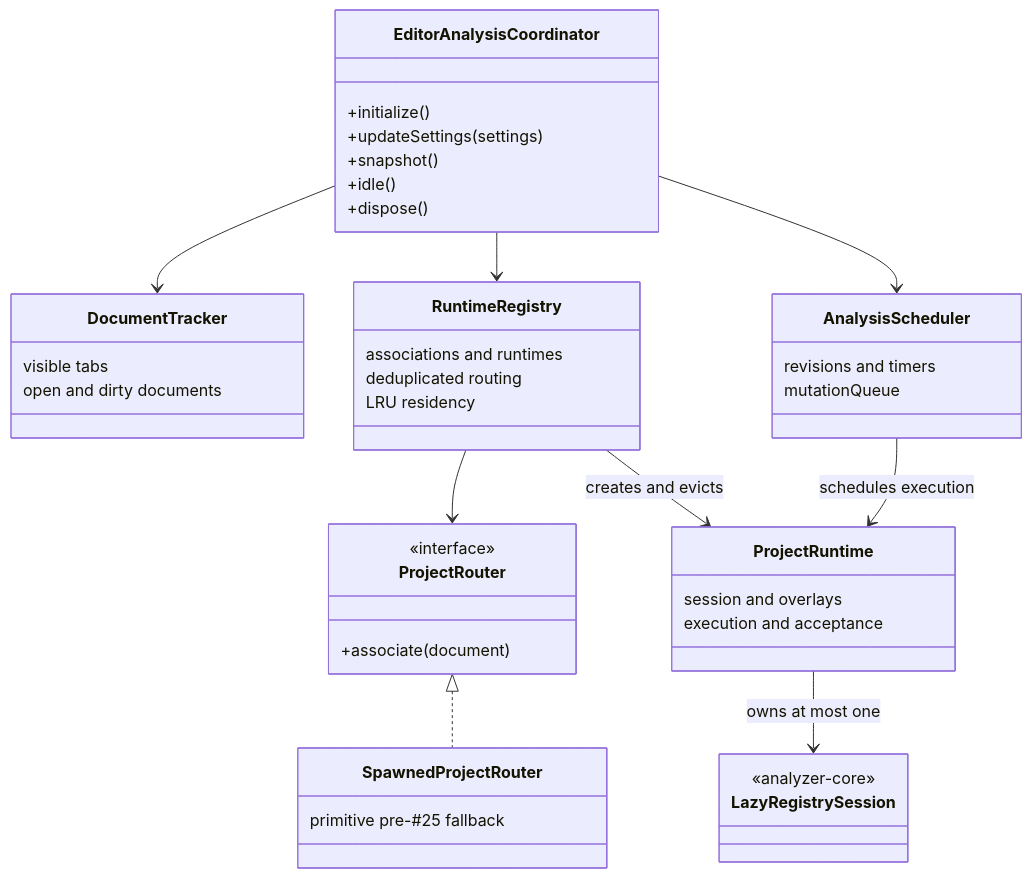
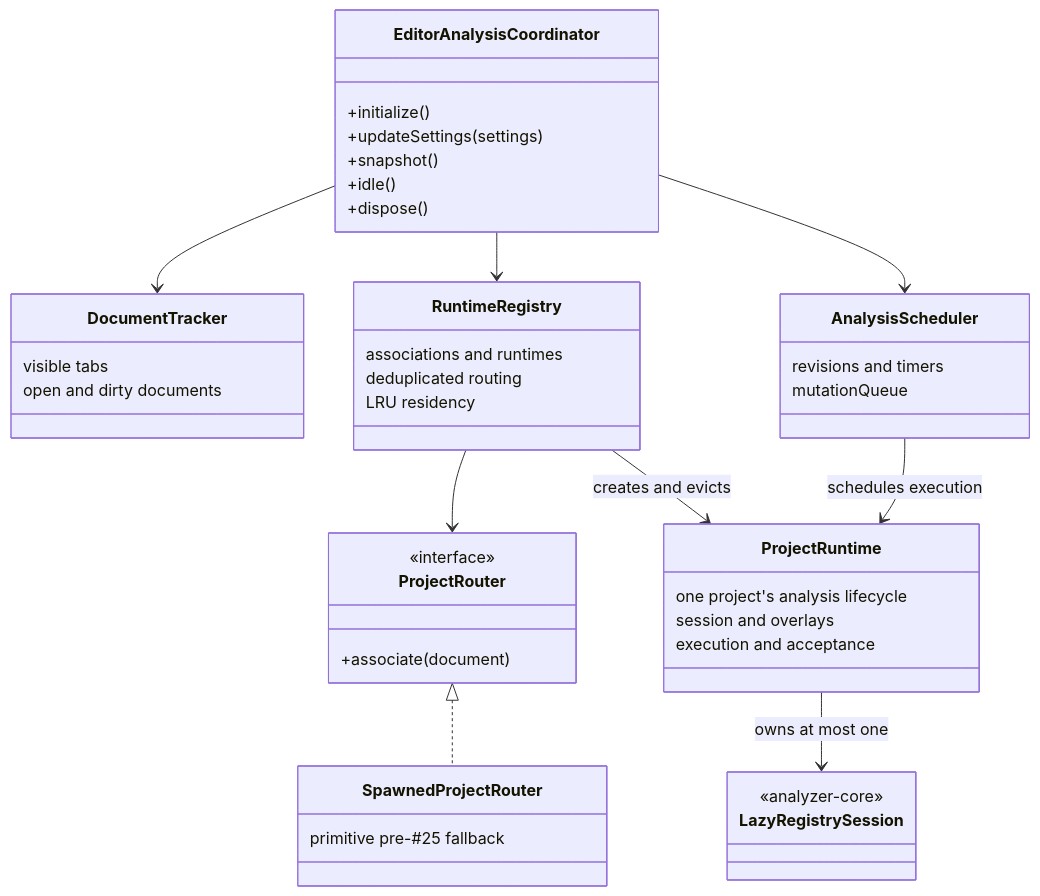
The diagram in packages/vscode-extension/README.md (shining-mind/ts7-lit-analyzer), drawn with Mermaid before and after one commit. The commit also changed 5 other files, not shown here.

````diff
--- a/packages/vscode-extension/README.md
+++ b/packages/vscode-extension/README.md
@@ -11,46 +11,47 @@
 ```mermaid
 classDiagram
   class EditorAnalysisCoordinator {
     +initialize()
     +updateSettings(settings)
     +snapshot()
     +idle()
     +dispose()
   }
   class DocumentTracker {
     visible tabs
     open and dirty documents
   }
   class RuntimeRegistry {
     associations and runtimes
     deduplicated routing
     LRU residency
   }
   class AnalysisScheduler {
     revisions and timers
     mutationQueue
   }
   class ProjectRuntime {
+    one project's analysis lifecycle
     session and overlays
     execution and acceptance
   }
   class ProjectRouter {
     <<interface>>
     +associate(document)
   }
   class SpawnedProjectRouter {
     primitive pre-#25 fallback
   }
   class LazyRegistrySession {
     <<analyzer-core>>
   }
 
   EditorAnalysisCoordinator --> DocumentTracker
   EditorAnalysisCoordinator --> RuntimeRegistry
   EditorAnalysisCoordinator --> AnalysisScheduler
   RuntimeRegistry --> ProjectRouter
   RuntimeRegistry --> ProjectRuntime : creates and evicts
   AnalysisScheduler --> ProjectRuntime : schedules execution
   ProjectRuntime --> LazyRegistrySession : owns at most one
   ProjectRouter <|.. SpawnedProjectRouter
 ```
````
